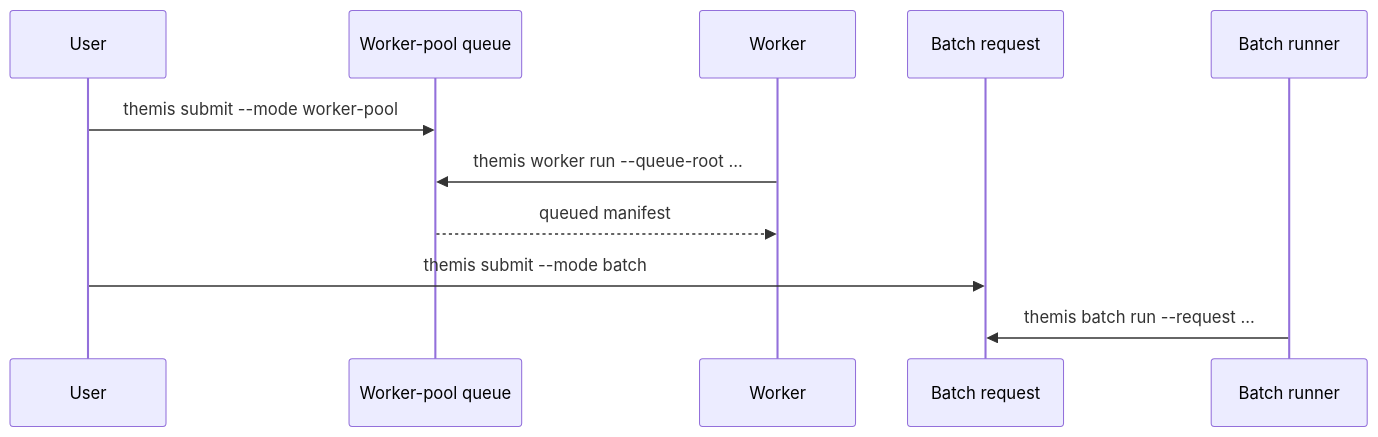
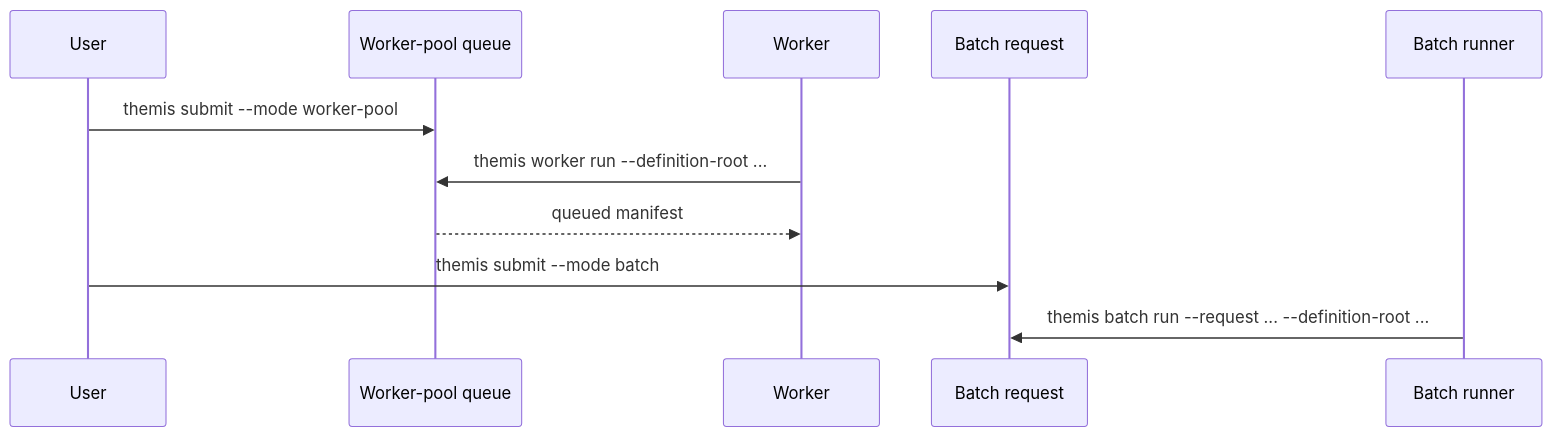
One commit to Pittawat2542/themis changed the diagram in docs/how-to/use-submit-worker-and-batch.md. Above: the diagram before and after it, drawn with Mermaid. The commit also changed other lines of this file and 55 other files, not shown here.

````diff
--- a/docs/how-to/use-submit-worker-and-batch.md
+++ b/docs/how-to/use-submit-worker-and-batch.md
@@ -20,13 +20,13 @@
 ```mermaid
 sequenceDiagram
     participant U as User
     participant Q as Worker-pool queue
     participant W as Worker
     participant B as Batch request
     participant R as Batch runner
     U->>Q: themis submit --mode worker-pool
-    W->>Q: themis worker run --queue-root ...
+    W->>Q: themis worker run --definition-root ...
     Q-->>W: queued manifest
     U->>B: themis submit --mode batch
-    R->>B: themis batch run --request ...
+    R->>B: themis batch run --request ... --definition-root ...
 ```
````
